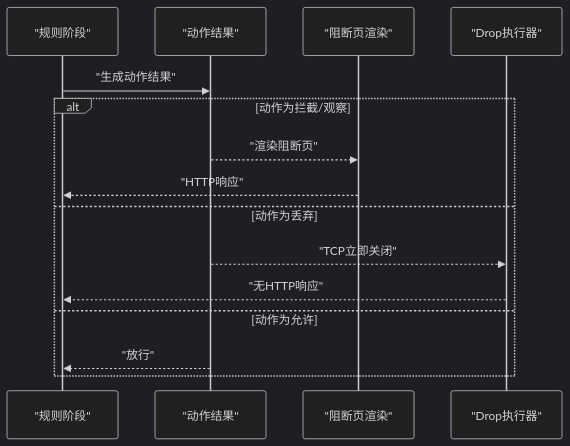
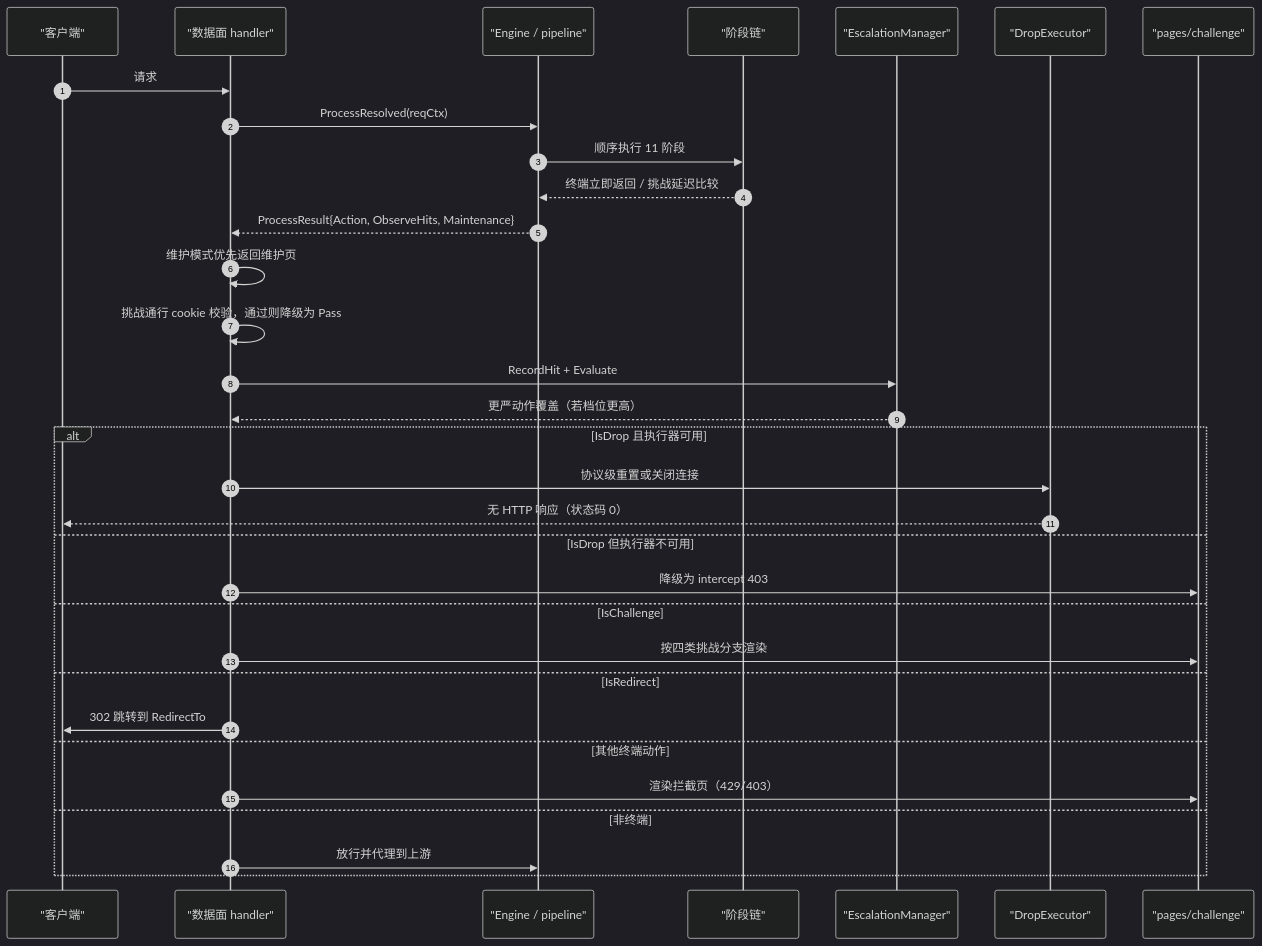
The third of 6 diagrams in docs/WAF 引擎系统/动作与结果系统.md (x01n/My-OpenWaf), drawn with Mermaid (dark theme) before and after one commit. The commit also changed other lines of this file and 622 other files, not shown here.

````diff
--- a/docs/WAF 引擎系统/动作与结果系统.md
+++ b/docs/WAF 引擎系统/动作与结果系统.md
@@ -254,17 +204,34 @@
 ```mermaid
 sequenceDiagram
-participant PH as "规则阶段"
-participant ACT as "动作结果"
-participant BLOCK as "阻断页渲染"
-participant DROP as "Drop执行器"
-PH->>ACT : "生成动作结果"
-alt 动作为拦截/观察
-ACT-->>BLOCK : "渲染阻断页"
-BLOCK-->>PH : "HTTP响应"
-else 动作为丢弃
-ACT-->>DROP : "TCP立即关闭"
-DROP-->>PH : "无HTTP响应"
-else 动作为允许
-ACT-->>PH : "放行"
-end
+  autonumber
+  participant CL as "客户端"
+  participant DP as "数据面 handler"
+  participant EN as "Engine / pipeline"
+  participant PH as "阶段链"
+  participant EM as "EscalationManager"
+  participant EX as "DropExecutor"
+  participant PG as "pages/challenge"
+  CL->>DP: 请求
+  DP->>EN: ProcessResolved(reqCtx)
+  EN->>PH: 顺序执行 11 阶段
+  PH-->>EN: 终端立即返回 / 挑战延迟比较
+  EN-->>DP: ProcessResult{Action, ObserveHits, Maintenance}
+  DP->>DP: 维护模式优先返回维护页
+  DP->>DP: 挑战通行 cookie 校验，通过则降级为 Pass
+  DP->>EM: RecordHit + Evaluate
+  EM-->>DP: 更严动作覆盖（若档位更高）
+  alt IsDrop 且执行器可用
+    DP->>EX: 协议级重置或关闭连接
+    EX-->>CL: 无 HTTP 响应（状态码 0）
+  else IsDrop 但执行器不可用
+    DP->>PG: 降级为 intercept 403
+  else IsChallenge
+    DP->>PG: 按四类挑战分支渲染
+  else IsRedirect
+    DP->>CL: 302 跳转到 RedirectTo
+  else 其他终端动作
+    DP->>PG: 渲染拦截页（429/403）
+  else 非终端
+    DP->>EN: 放行并代理到上游
+  end
 ```
````
